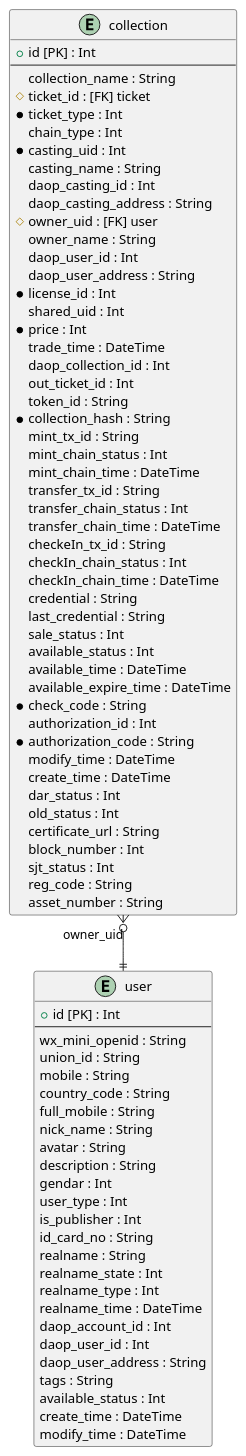
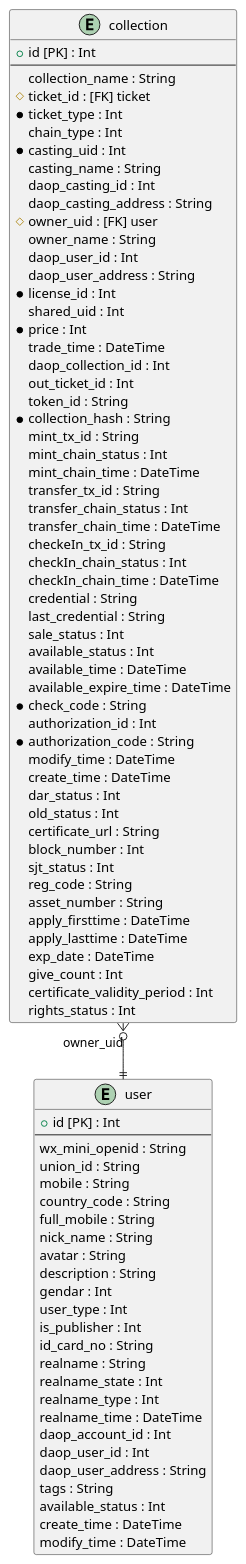
One commit to yuyongpeng/admin-server changed diagram 26 of 37 in src/doc/ER-D.puml. Above: the diagram before and after it, drawn with PlantUML. The commit also changed other lines of this file and 27 other files, not shown here.

```diff
--- a/src/doc/ER-D.puml
+++ b/src/doc/ER-D.puml
@@ -2011,87 +2089,93 @@
 @startuml user
 skinparam linetype ortho
 entity "collection" as collection {
 + id [PK] : Int 
 --
   collection_name : String
   # ticket_id : [FK] ticket
   * ticket_type : Int
   chain_type : Int
   * casting_uid : Int
   casting_name : String
   daop_casting_id : Int
   daop_casting_address : String
   # owner_uid : [FK] user
   owner_name : String
   daop_user_id : Int
   daop_user_address : String
   * license_id : Int
   shared_uid : Int
   * price : Int
   trade_time : DateTime
   daop_collection_id : Int
   out_ticket_id : Int
   token_id : String
   * collection_hash : String
   mint_tx_id : String
   mint_chain_status : Int
   mint_chain_time : DateTime
   transfer_tx_id : String
   transfer_chain_status : Int
   transfer_chain_time : DateTime
   checkeIn_tx_id : String
   checkIn_chain_status : Int
   checkIn_chain_time : DateTime
   credential : String
   last_credential : String
   sale_status : Int
   available_status : Int
   available_time : DateTime
   available_expire_time : DateTime
   * check_code : String
   authorization_id : Int
   * authorization_code : String
   modify_time : DateTime
   create_time : DateTime
   dar_status : Int
   old_status : Int
   certificate_url : String
   block_number : Int
   sjt_status : Int
   reg_code : String
   asset_number : String
+  apply_firsttime : DateTime
+  apply_lasttime : DateTime
+  exp_date : DateTime
+  give_count : Int
+  certificate_validity_period : Int
+  rights_status : Int
 }
 
 entity "user" as user {
 + id [PK] : Int 
 --
   wx_mini_openid : String
   union_id : String
   mobile : String
   country_code : String
   full_mobile : String
   nick_name : String
   avatar : String
   description : String
   gendar : Int
   user_type : Int
   is_publisher : Int
   id_card_no : String
   realname : String
   realname_state : Int
   realname_type : Int
   realname_time : DateTime
   daop_account_id : Int
   daop_user_id : Int
   daop_user_address : String
   tags : String
   available_status : Int
   create_time : DateTime
   modify_time : DateTime
 }
 
 ' Relations
 collection }o--|| user: owner_uid
 ' ManyToMany Relations
 ' enum relations
 @enduml
```
